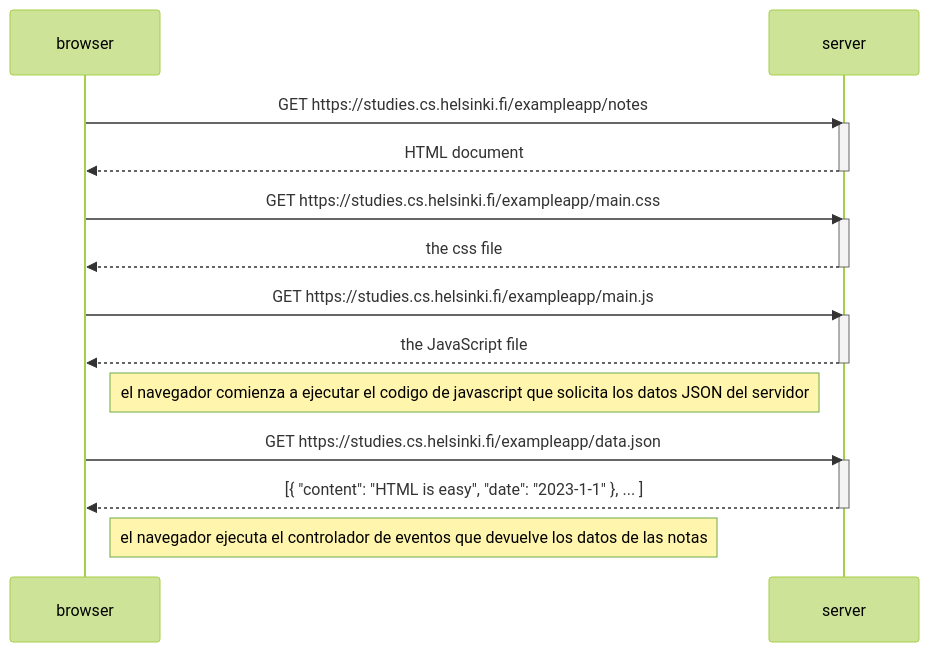
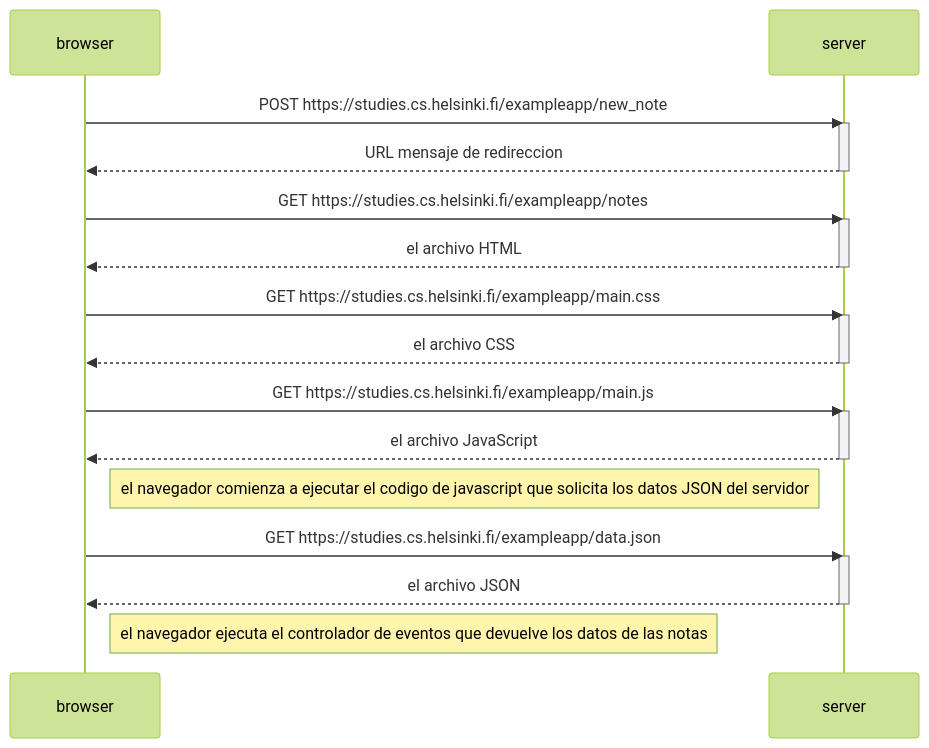
Before and after one commit to andres6661/full-stack-open: the diagram in part0/04_Nueva_nota.md, drawn with Mermaid (forest theme). The commit also changed 2 other files, not shown here.

Commit message:
corrigiendo ejercicio 04 y subir ejercicio 05 y 06

````diff
--- a/part0/04_Nueva_nota.md
+++ b/part0/04_Nueva_nota.md
@@ -1,30 +1,35 @@
 ```mermaid
 sequenceDiagram
     participant browser
     participant server
 
+    browser->>server: POST https://studies.cs.helsinki.fi/exampleapp/new_note
+    activate server
+    server-->>browser: URL mensaje de redireccion
+    deactivate server
+
     browser->>server: GET https://studies.cs.helsinki.fi/exampleapp/notes
     activate server
-    server-->>browser: HTML document
+    server-->>browser: el archivo HTML
     deactivate server
 
     browser->>server: GET https://studies.cs.helsinki.fi/exampleapp/main.css
     activate server
-    server-->>browser: the css file
+    server-->>browser: el archivo CSS
     deactivate server
 
     browser->>server: GET https://studies.cs.helsinki.fi/exampleapp/main.js
     activate server
-    server-->>browser: the JavaScript file
+    server-->>browser: el archivo JavaScript
     deactivate server
 
     Note right of browser: el navegador comienza a ejecutar el codigo de javascript que solicita los datos JSON del servidor
 
     browser->>server: GET https://studies.cs.helsinki.fi/exampleapp/data.json
     activate server
-    server-->>browser: [{ "content": "HTML is easy", "date": "2023-1-1" }, ... ]
+    server-->>browser: el archivo JSON
     deactivate server
 
     Note right of browser: el navegador ejecuta el controlador de eventos que devuelve los datos de las notas
 
 ```
````
